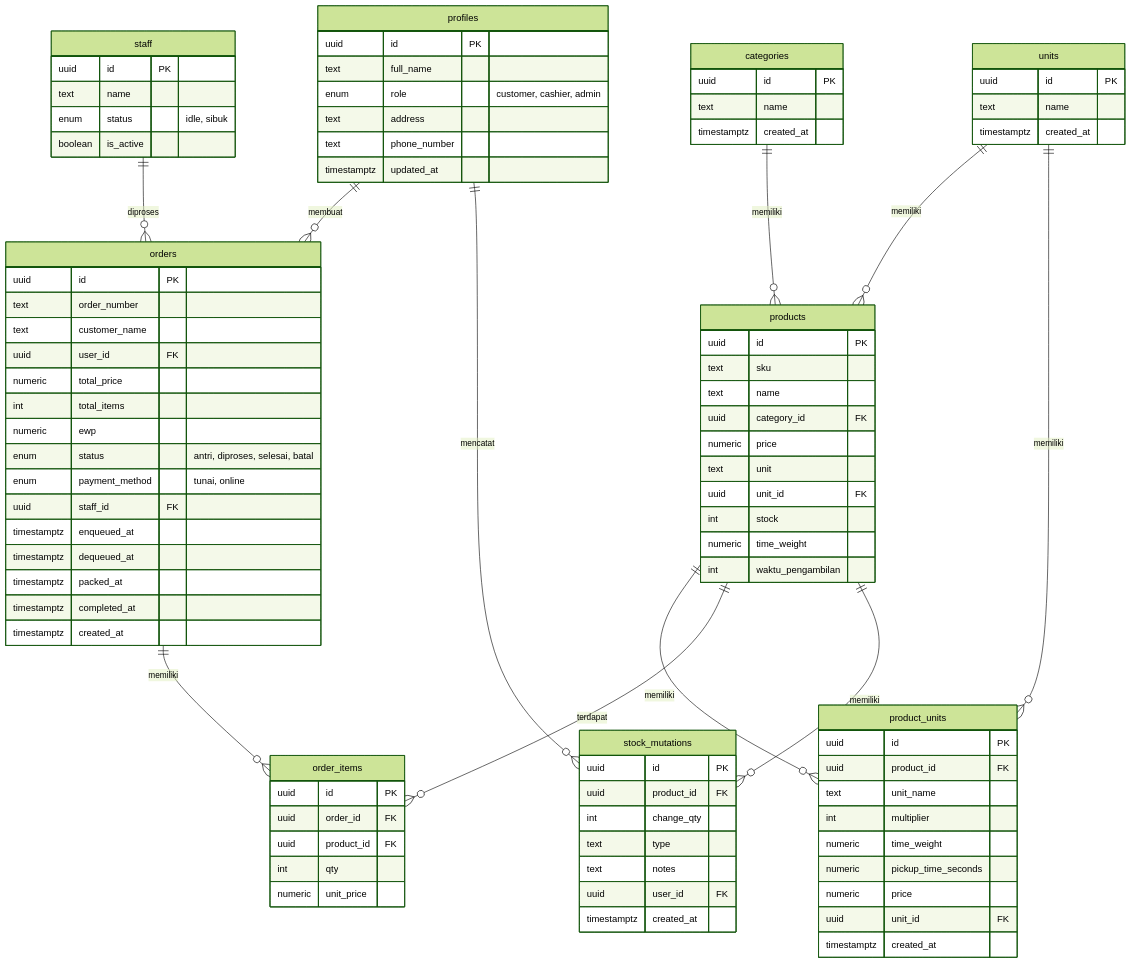
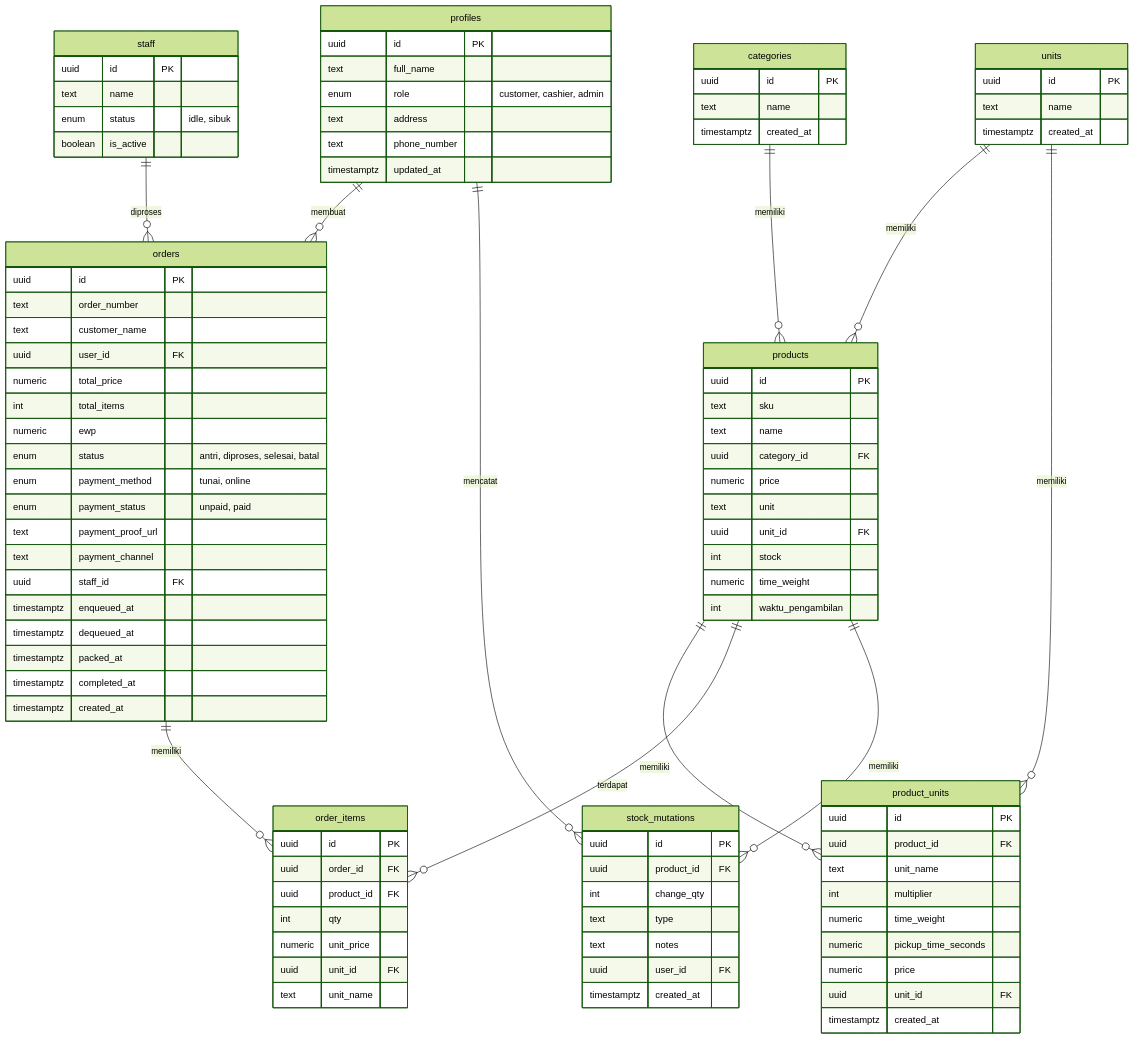
One commit to Skripsi-Zuyyin-Zafirah/pos_grosir changed the fourth of 4 diagrams in Dokumen/New/Rancangan.md. Above: the diagram before and after it, drawn with Mermaid (forest theme). The commit also changed other lines of this file and 1 other file, not shown here.

Commit message:
Update New

```diff
--- a/Dokumen/New/Rancangan.md
+++ b/Dokumen/New/Rancangan.md
@@ -199,6 +199,9 @@
         numeric ewp
         enum status "antri, diproses, selesai, batal"
         enum payment_method "tunai, online"
+        enum payment_status "unpaid, paid"
+        text payment_proof_url
+        text payment_channel
         uuid staff_id FK
         timestamptz enqueued_at
         timestamptz dequeued_at
@@ -212,6 +215,8 @@
         uuid product_id FK
         int qty
         numeric unit_price
+        uuid unit_id FK
+        text unit_name
     }
     staff {
         uuid id PK
```
